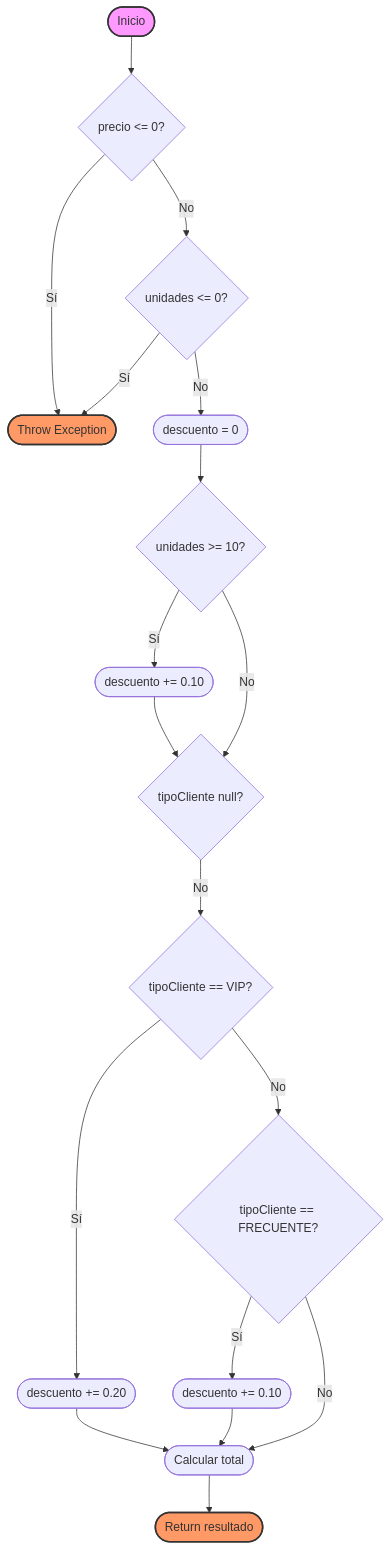
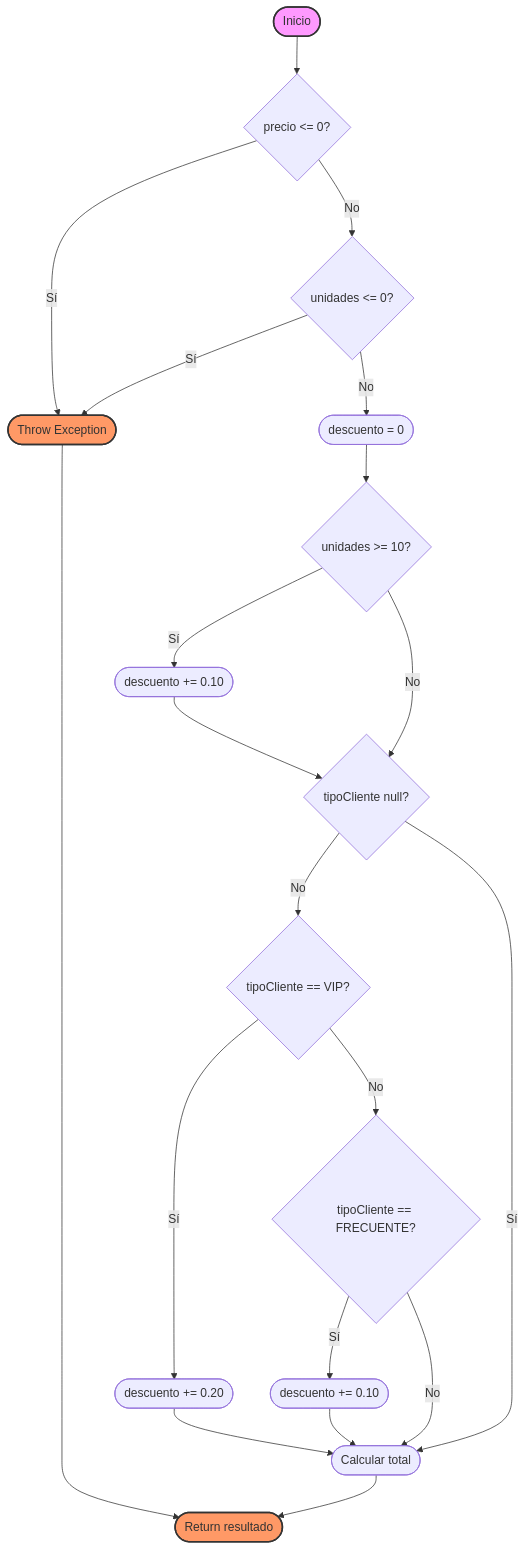
Before and after one commit to danielmartinan/entornos_desarrollo_2024-25: the first of 5 diagrams in UD5_diseno_realizacion_pruebas/ejercicios/UD5_boletin_ejercicios_caja_blanca_soluciones.md, drawn with Mermaid. The commit also changed other lines of this file and 7 other files, not shown here.

````diff
--- a/UD5_diseno_realizacion_pruebas/ejercicios/UD5_boletin_ejercicios_caja_blanca_soluciones.md
+++ b/UD5_diseno_realizacion_pruebas/ejercicios/UD5_boletin_ejercicios_caja_blanca_soluciones.md
@@ -107,23 +105,25 @@
 ```mermaid
 flowchart TD
     A([Inicio]) --> B{precio <= 0?}
     B -->|Sí| C([Throw Exception])
     B -->|No| D{unidades <= 0?}
     D -->|Sí| C
     D -->|No| E([descuento = 0])
     E --> F{unidades >= 10?}
     F -->|Sí| G([descuento += 0.10])
     F -->|No| H{tipoCliente null?}
     G --> H
     H -->|No| I{tipoCliente == VIP?}
     I -->|Sí| J([descuento += 0.20])
     I -->|No| K{tipoCliente == FRECUENTE?}
     K -->|Sí| L([descuento += 0.10])
     K -->|No| M([Calcular total])
+    H -->|Sí| M
     J & L --> M
     M --> N([Return resultado])
+    C --> N([Return resultado])
 
     style A fill:#f9f,stroke:#333,stroke-width:2px
     style C fill:#f96,stroke:#333,stroke-width:2px
     style N fill:#f96,stroke:#333,stroke-width:2px
 ```
````
